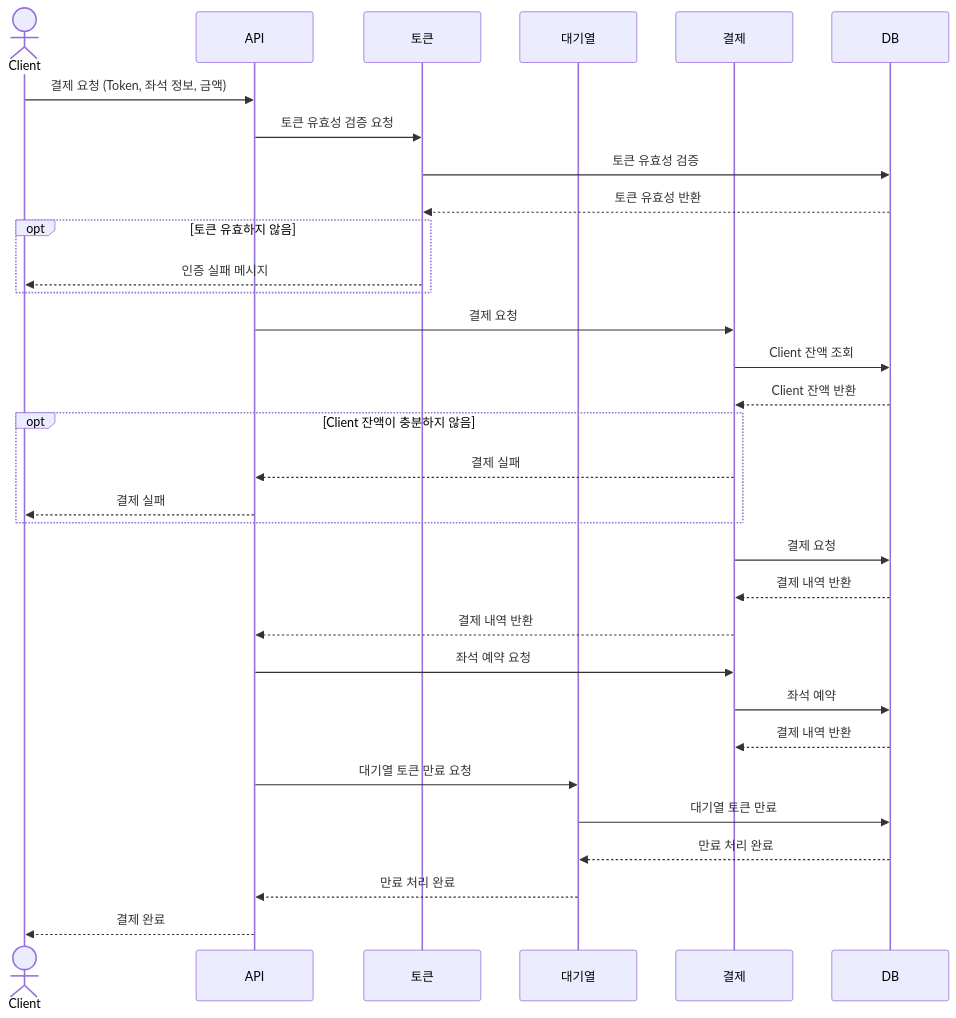
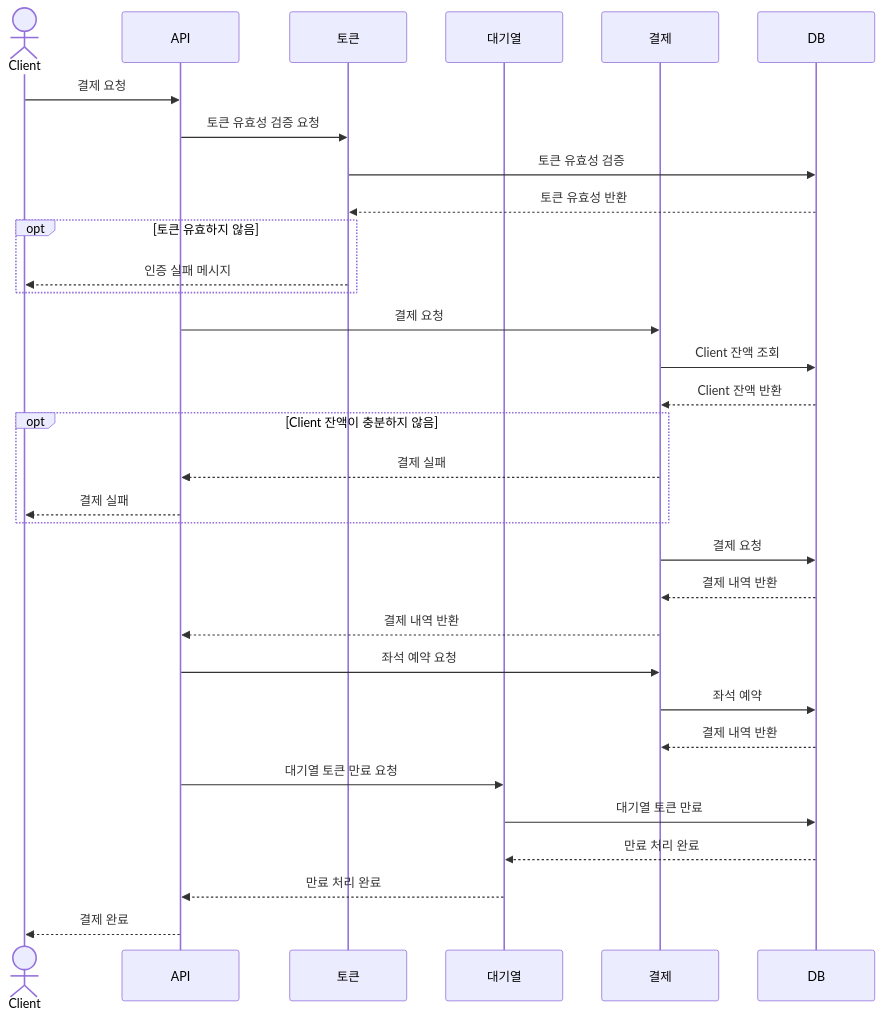
Before and after one commit to hyojin202406/hanghae-concert: the eighth of 8 diagrams in docs/sequence_diagram.md, drawn with Mermaid. The commit also changed other lines of this file, not shown here.

Commit message:
docs: 시퀀스 다이어그램 수정

````diff
--- a/docs/sequence_diagram.md
+++ b/docs/sequence_diagram.md
@@ -195,35 +212,35 @@
 ```mermaid
 sequenceDiagram
     actor Client
     participant API
     participant 토큰서비스 as 토큰
     participant 대기열서비스 as 대기열
     participant 결제서비스 as 결제
     participant DB
 
-    Client ->> API: 결제 요청 (Token, 좌석 정보, 금액)
+    Client ->> API: 결제 요청
     API ->> 토큰서비스: 토큰 유효성 검증 요청
     토큰서비스 ->> DB: 토큰 유효성 검증
     DB -->> 토큰서비스: 토큰 유효성 반환
     opt 토큰 유효하지 않음
         토큰서비스-->>Client: 인증 실패 메시지
     end
     API ->> 결제서비스: 결제 요청
     결제서비스 ->> DB:  Client 잔액 조회
     DB -->> 결제서비스: Client 잔액 반환
     opt Client 잔액이 충분하지 않음
         결제서비스-->>API: 결제 실패
         API-->>Client: 결제 실패
     end
     결제서비스 ->> DB:  결제 요청
     DB -->> 결제서비스: 결제 내역 반환
     결제서비스 -->> API: 결제 내역 반환
     API ->> 결제서비스: 좌석 예약 요청
     결제서비스 ->> DB:  좌석 예약
     DB -->> 결제서비스: 결제 내역 반환
     API ->> 대기열서비스: 대기열 토큰 만료 요청
     대기열서비스 ->> DB: 대기열 토큰 만료
     DB -->> 대기열서비스: 만료 처리 완료
     대기열서비스 -->> API: 만료 처리 완료
     API -->> Client: 결제 완료
 ```
````
